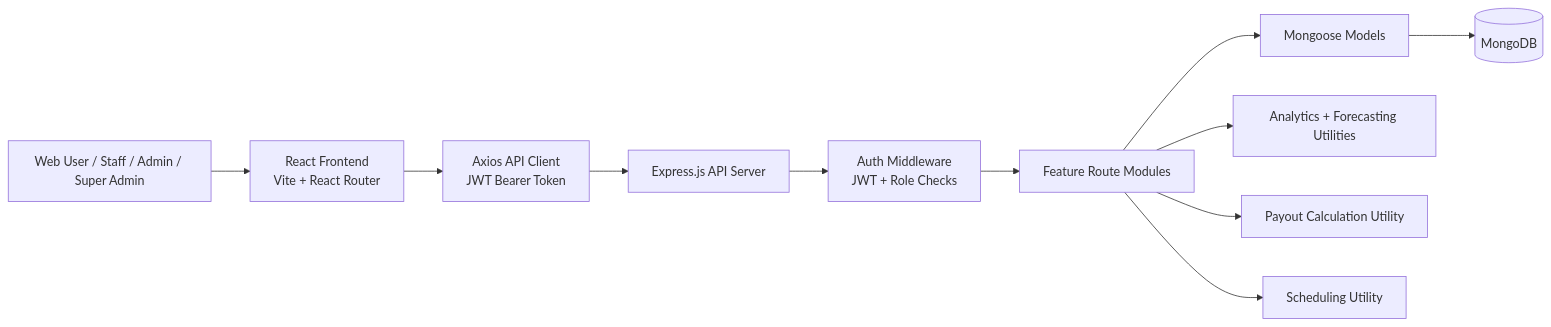
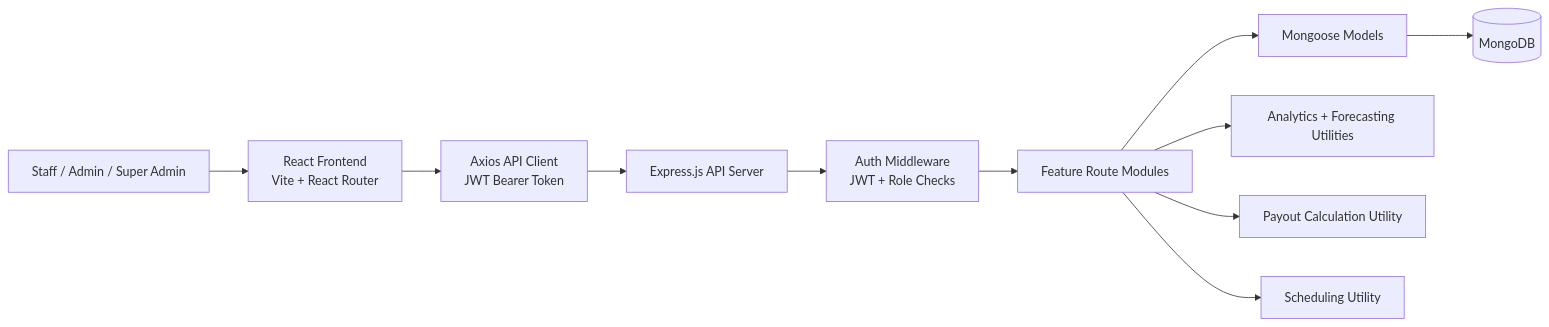
The first of 4 diagrams in SYSTEM_ARCHITECTURE.md (recytechewaste/recytech-web), drawn with Mermaid before and after one commit. The commit also changed other lines of this file and 10 other files, not shown here.

````diff
--- a/SYSTEM_ARCHITECTURE.md
+++ b/SYSTEM_ARCHITECTURE.md
@@ -7,16 +7,16 @@
 ```mermaid
 flowchart LR
-    User[Web User / Staff / Admin / Super Admin] --> Frontend[React Frontend<br/>Vite + React Router]
+    User[Staff / Admin / Super Admin] --> Frontend[React Frontend<br/>Vite + React Router]
     Frontend --> ApiClient[Axios API Client<br/>JWT Bearer Token]
     ApiClient --> Backend[Express.js API Server]
 
     Backend --> Auth[Auth Middleware<br/>JWT + Role Checks]
     Auth --> Routes[Feature Route Modules]
 
     Routes --> Models[Mongoose Models]
     Models --> DB[(MongoDB)]
 
     Routes --> Analytics[Analytics + Forecasting Utilities]
     Routes --> Payouts[Payout Calculation Utility]
     Routes --> Scheduling[Scheduling Utility]
 ```
````
